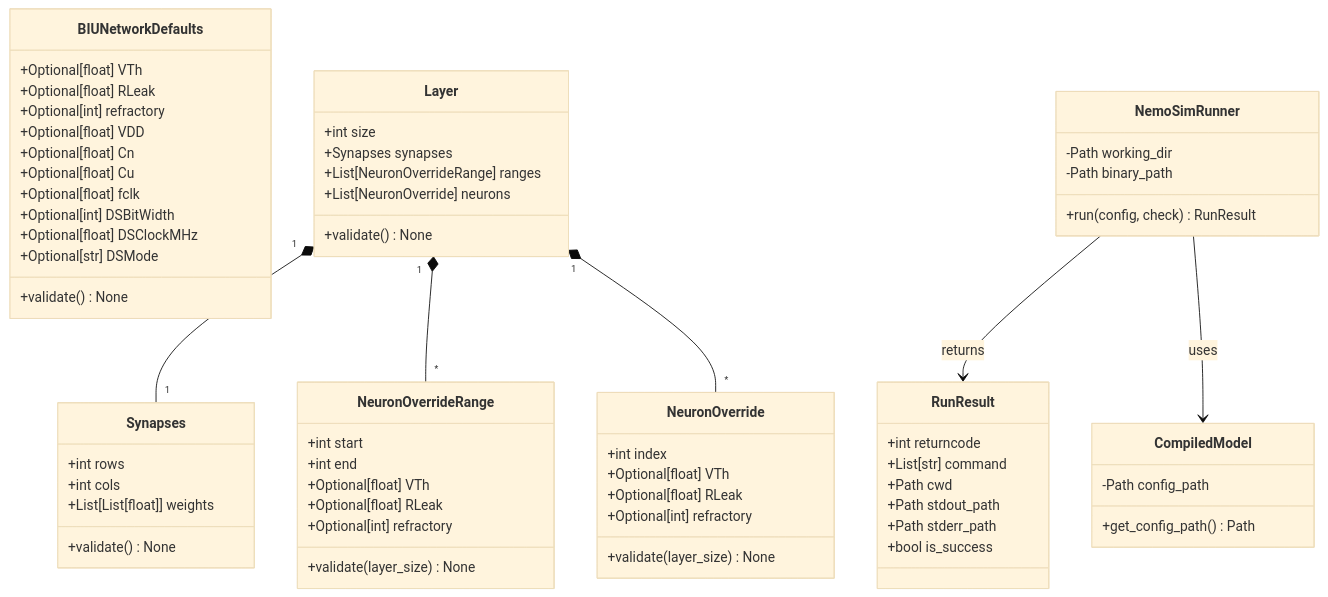
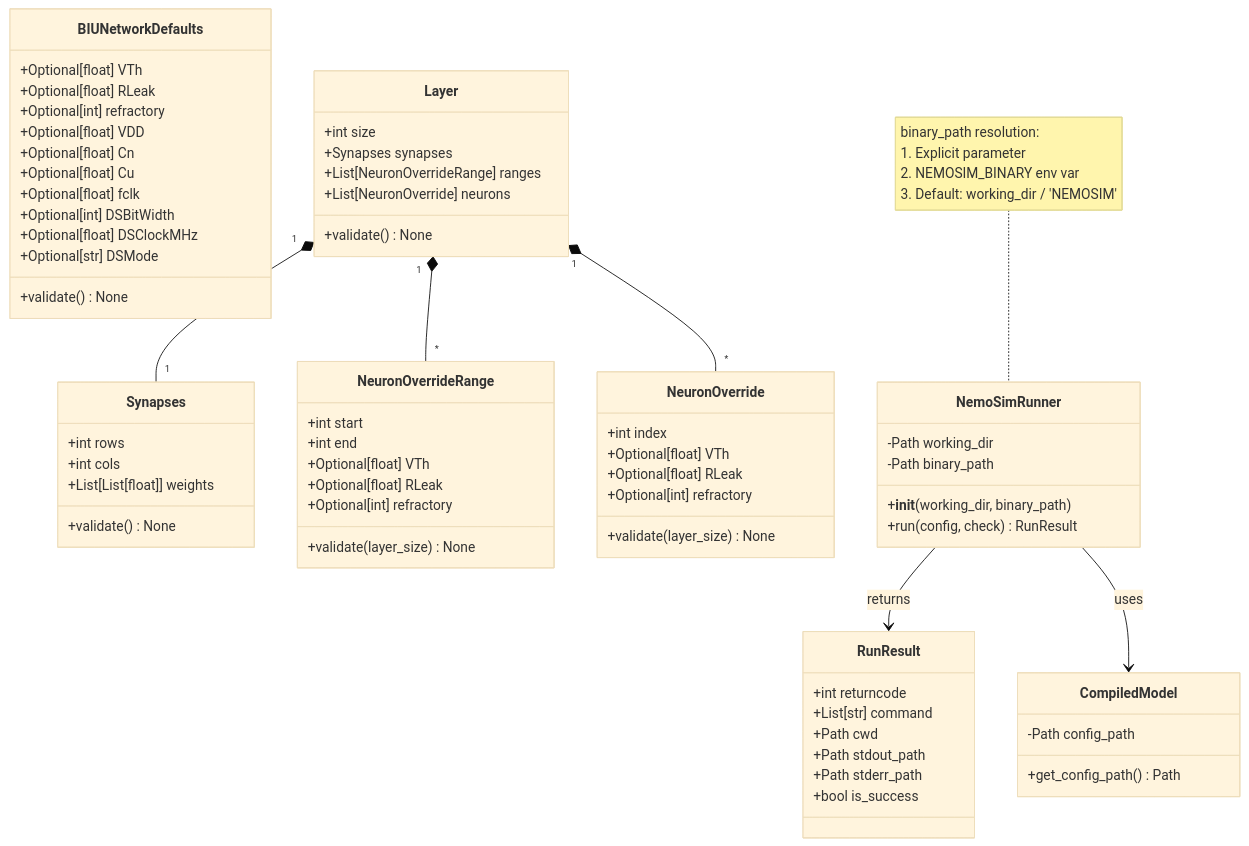
One commit to NemoSim/NemoSim changed the diagram in docs/diagrams/class_diagram.md. Above: the diagram before and after it, drawn with Mermaid (base theme). The commit also changed 5 other files, not shown here.

````diff
--- a/docs/diagrams/class_diagram.md
+++ b/docs/diagrams/class_diagram.md
@@ -3,74 +3,77 @@
 ```mermaid
 classDiagram
     class BIUNetworkDefaults {
         +Optional[float] VTh
         +Optional[float] RLeak
         +Optional[int] refractory
         +Optional[float] VDD
         +Optional[float] Cn
         +Optional[float] Cu
         +Optional[float] fclk
         +Optional[int] DSBitWidth
         +Optional[float] DSClockMHz
         +Optional[str] DSMode
         +validate() None
     }
 
     class Synapses {
         +int rows
         +int cols
         +List[List[float]] weights
         +validate() None
     }
 
     class NeuronOverrideRange {
         +int start
         +int end
         +Optional[float] VTh
         +Optional[float] RLeak
         +Optional[int] refractory
         +validate(layer_size) None
     }
 
     class NeuronOverride {
         +int index
         +Optional[float] VTh
         +Optional[float] RLeak
         +Optional[int] refractory
         +validate(layer_size) None
     }
 
     class Layer {
         +int size
         +Synapses synapses
         +List[NeuronOverrideRange] ranges
         +List[NeuronOverride] neurons
         +validate() None
     }
 
     class CompiledModel {
         -Path config_path
         +get_config_path() Path
     }
 
     class NemoSimRunner {
         -Path working_dir
         -Path binary_path
+        +__init__(working_dir, binary_path)
         +run(config, check) RunResult
     }
+    
+    note for NemoSimRunner "binary_path resolution:<br/>1. Explicit parameter<br/>2. NEMOSIM_BINARY env var<br/>3. Default: working_dir / 'NEMOSIM'"
 
     class RunResult {
         +int returncode
         +List[str] command
         +Path cwd
         +Path stdout_path
         +Path stderr_path
         +bool is_success
     }
 
     Layer "1" *-- "1" Synapses
     Layer "1" *-- "*" NeuronOverrideRange
     Layer "1" *-- "*" NeuronOverride
     NemoSimRunner --> RunResult : returns
     NemoSimRunner --> CompiledModel : uses
 ```
````
